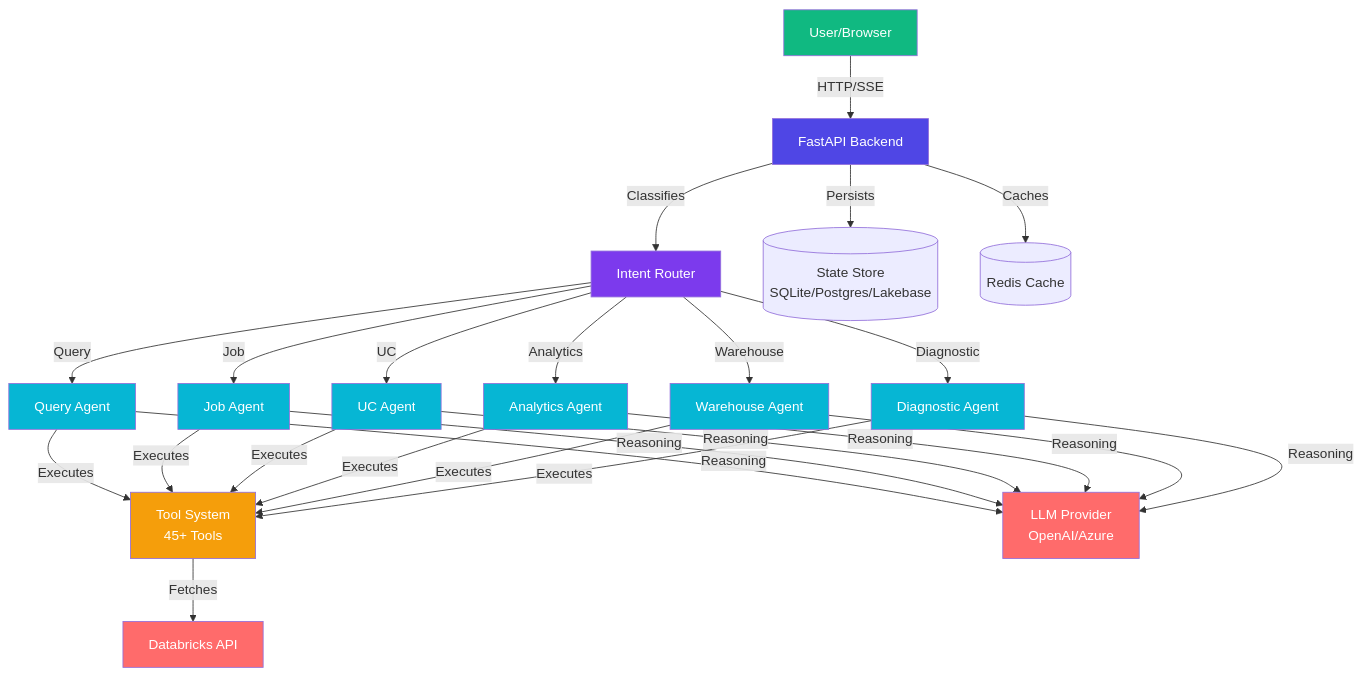
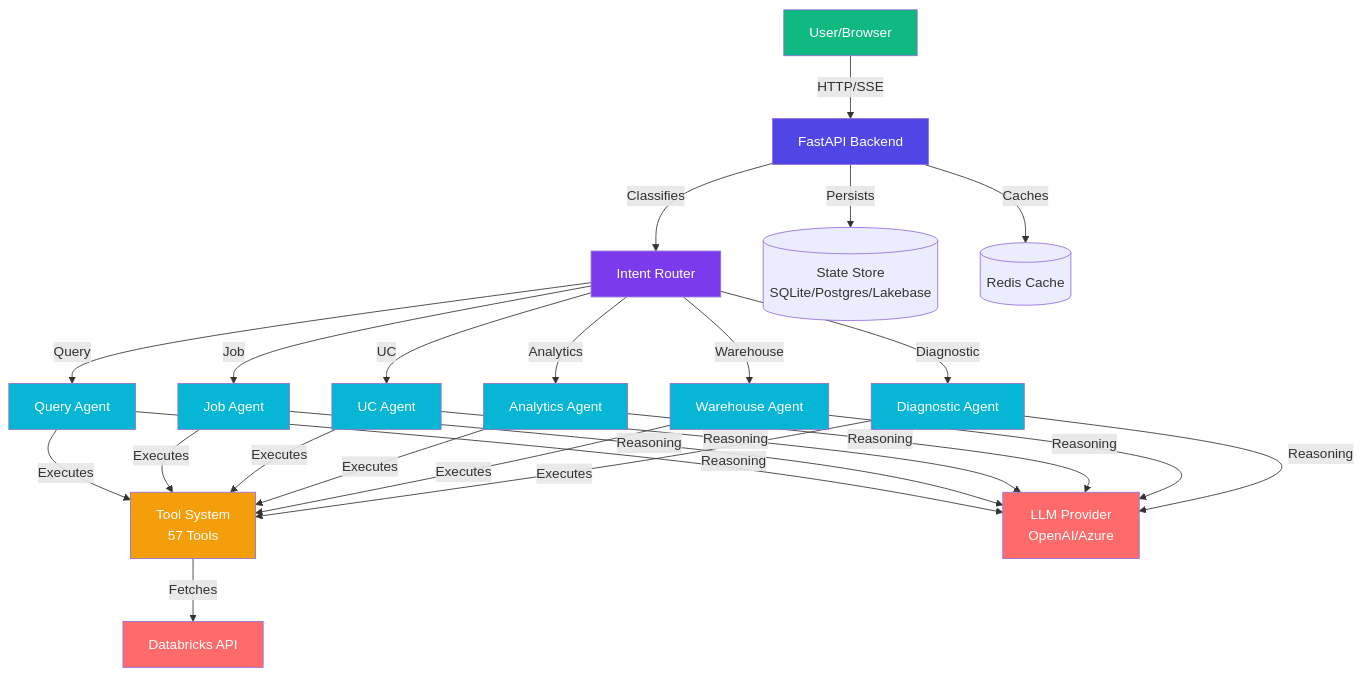
The diagram in docs/diagrams/source/architecture/system-overview.mmd (bluewatersql/starboard), drawn with Mermaid before and after one commit. The commit also changed 39 other files, not shown here.

```diff
--- a/docs/diagrams/source/architecture/system-overview.mmd
+++ b/docs/diagrams/source/architecture/system-overview.mmd
@@ -1,44 +1,44 @@
 %%{init: {'theme':'default', 'themeVariables': {'fontSize':'16px'}}}%%
 
 graph TB
     User[User/Browser] -->|HTTP/SSE| API[FastAPI Backend]
     API -->|Classifies| Router[Intent Router]
     
     Router -->|Query| QueryAgent[Query Agent]
     Router -->|Job| JobAgent[Job Agent]
     Router -->|UC| UCAgent[UC Agent]
     Router -->|Analytics| AnalyticsAgent[Analytics Agent]
     Router -->|Warehouse| WarehouseAgent[Warehouse Agent]
     Router -->|Diagnostic| DiagAgent[Diagnostic Agent]
     
-    QueryAgent -->|Executes| Tools[Tool System<br/>45+ Tools]
+    QueryAgent -->|Executes| Tools[Tool System<br/>57 Tools]
     JobAgent -->|Executes| Tools
     UCAgent -->|Executes| Tools
     AnalyticsAgent -->|Executes| Tools
     WarehouseAgent -->|Executes| Tools
     DiagAgent -->|Executes| Tools
     
     Tools -->|Fetches| Databricks[Databricks API]
     
     QueryAgent -->|Reasoning| LLMProvider[LLM Provider<br/>OpenAI/Azure]
     JobAgent -->|Reasoning| LLMProvider
     UCAgent -->|Reasoning| LLMProvider
     AnalyticsAgent -->|Reasoning| LLMProvider
     WarehouseAgent -->|Reasoning| LLMProvider
     DiagAgent -->|Reasoning| LLMProvider
     
     API -->|Persists| StateStore[(State Store<br/>SQLite/Postgres/Lakebase)]
     API -->|Caches| Cache[(Redis Cache)]
     
     style User fill:#10b981,color:#fff
     style API fill:#4f46e5,color:#fff
     style Router fill:#7c3aed,color:#fff
     style QueryAgent fill:#06b6d4,color:#fff
     style JobAgent fill:#06b6d4,color:#fff
     style UCAgent fill:#06b6d4,color:#fff
     style AnalyticsAgent fill:#06b6d4,color:#fff
     style WarehouseAgent fill:#06b6d4,color:#fff
     style DiagAgent fill:#06b6d4,color:#fff
     style Tools fill:#f59e0b,color:#fff
     style Databricks fill:#ff6b6b,color:#fff
     style LLMProvider fill:#ff6b6b,color:#fff
```
